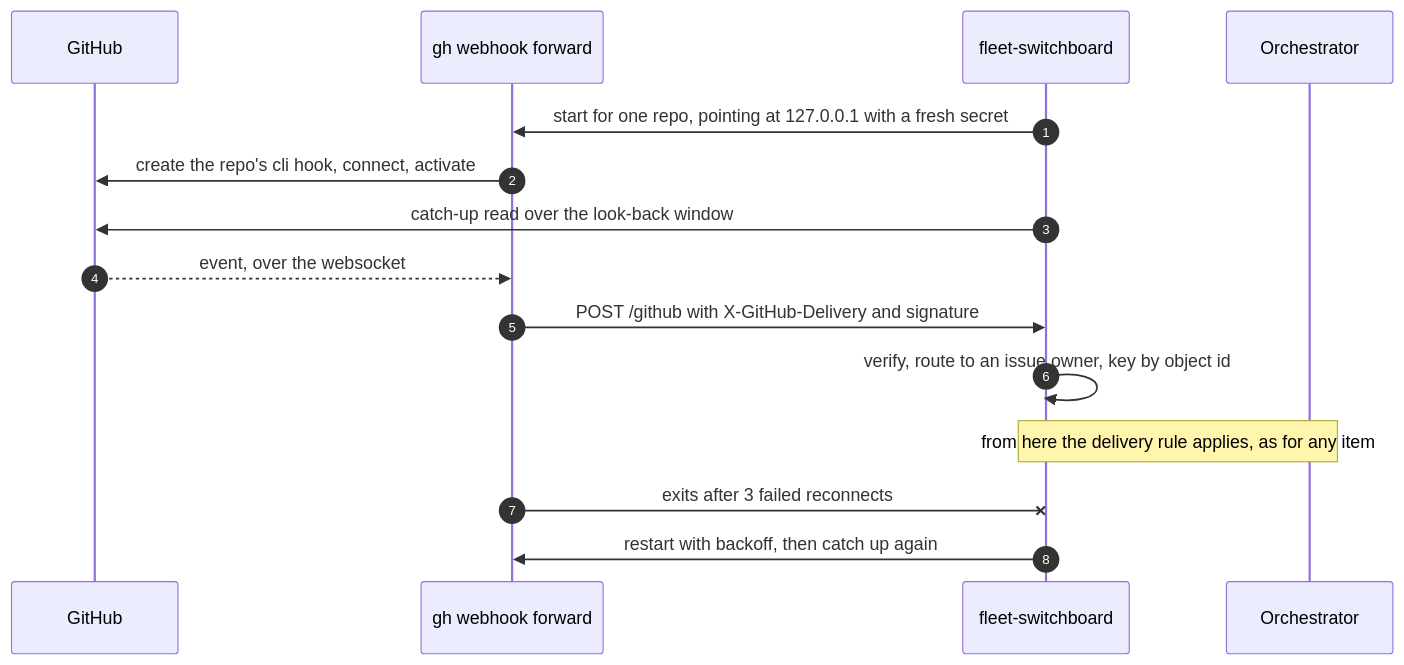
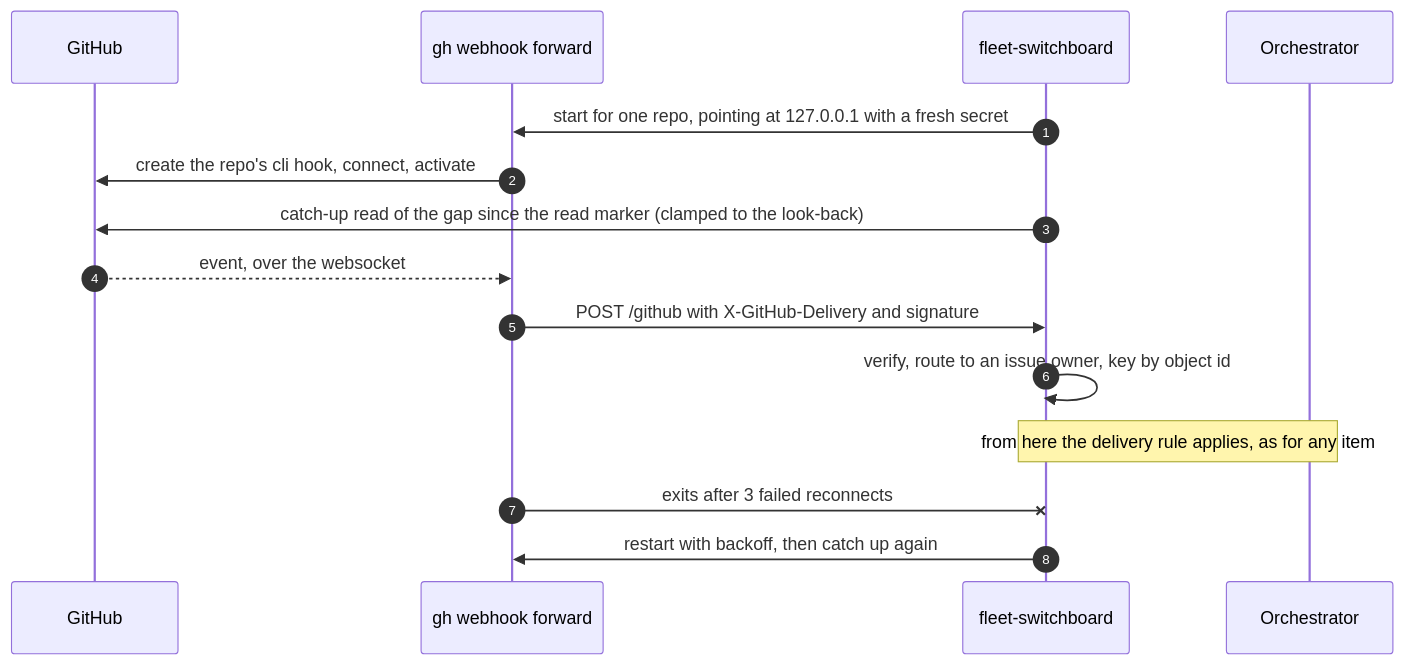
Before and after one commit to adamkaplan/fleet-kit: the sixth of 16 diagrams in docs/switchboard.md, drawn with Mermaid. The commit also changed other lines of this file and 3 other files, not shown here.

Commit message:
GitHub reads move forward only: a read marker per repo, a fresh start reads nothing, gap-only reads in capped pages

````diff
--- a/docs/switchboard.md
+++ b/docs/switchboard.md
@@ -412,17 +413,17 @@
 ```mermaid
 sequenceDiagram
   autonumber
   participant GH as GitHub
   participant F as gh webhook forward
   participant SB as fleet-switchboard
   participant O as Orchestrator
   SB->>F: start for one repo, pointing at 127.0.0.1 with a fresh secret
   F->>GH: create the repo's cli hook, connect, activate
-  SB->>GH: catch-up read over the look-back window
+  SB->>GH: catch-up read of the gap since the read marker (clamped to the look-back)
   GH-->>F: event, over the websocket
   F->>SB: POST /github with X-GitHub-Delivery and signature
   SB->>SB: verify, route to an issue owner, key by object id
   Note over SB,O: from here the delivery rule applies, as for any item
   F-xSB: exits after 3 failed reconnects
   SB->>F: restart with backoff, then catch up again
 ```
````
